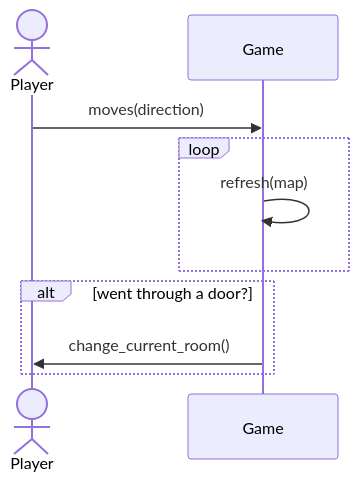
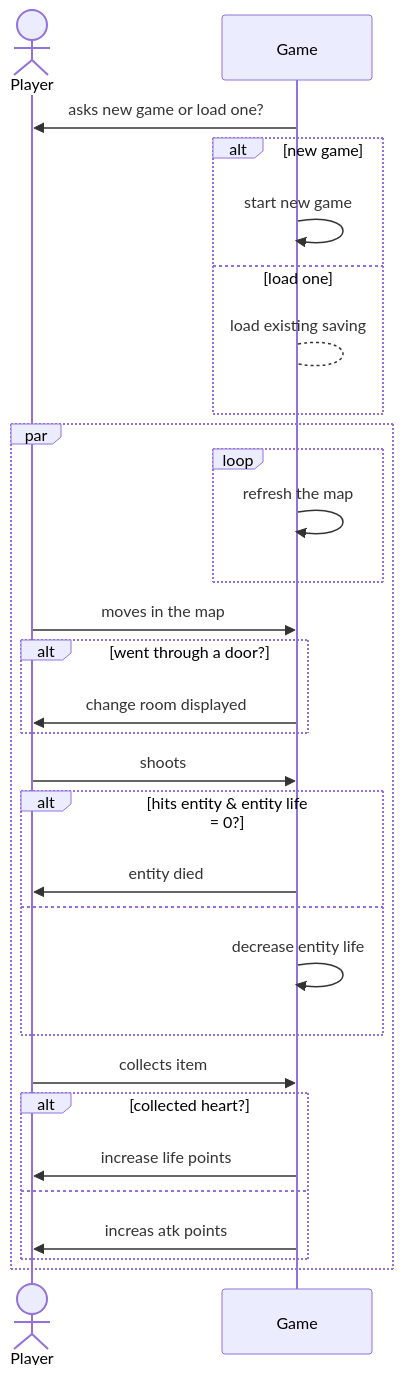
Before and after one commit to Rimaro03/docs-exam-slayer: the second of 5 diagrams in docs/design_document.md, drawn with Mermaid. The commit also changed other lines of this file, not shown here.

Commit message:
divided class diagram, implemented system sequence diagram

````diff
--- a/docs/design_document.md
+++ b/docs/design_document.md
@@ -34,11 +34,31 @@
 ``` mermaid
 sequenceDiagram
   Actor Player
-  Player->>Game: moves(direction)   
-  loop
-    Game->>Game: refresh(map)
+  Game ->> Player: asks new game or load one?
+  alt new game
+    Game ->> Game: start new game
+  else load one
+    Game --> Game: load existing saving
   end
-  alt went through a door?
-   Game->>Player: change_current_room()
+  par  
+    loop
+      Game->>Game: refresh the map
+    end
+    Player ->> Game: moves in the map
+    alt went through a door?
+      Game->>Player: change room displayed
+    end
+    Player ->> Game: shoots
+    alt hits entity & entity life = 0?
+      Game ->> Player: entity died
+    else
+      Game ->> Game: decrease entity life
+    end
+    Player ->> Game: collects item
+    alt collected heart?
+      Game ->> Player: increase life points
+    else
+      Game ->> Player: increas atk points
+    end
   end
 ```
````
